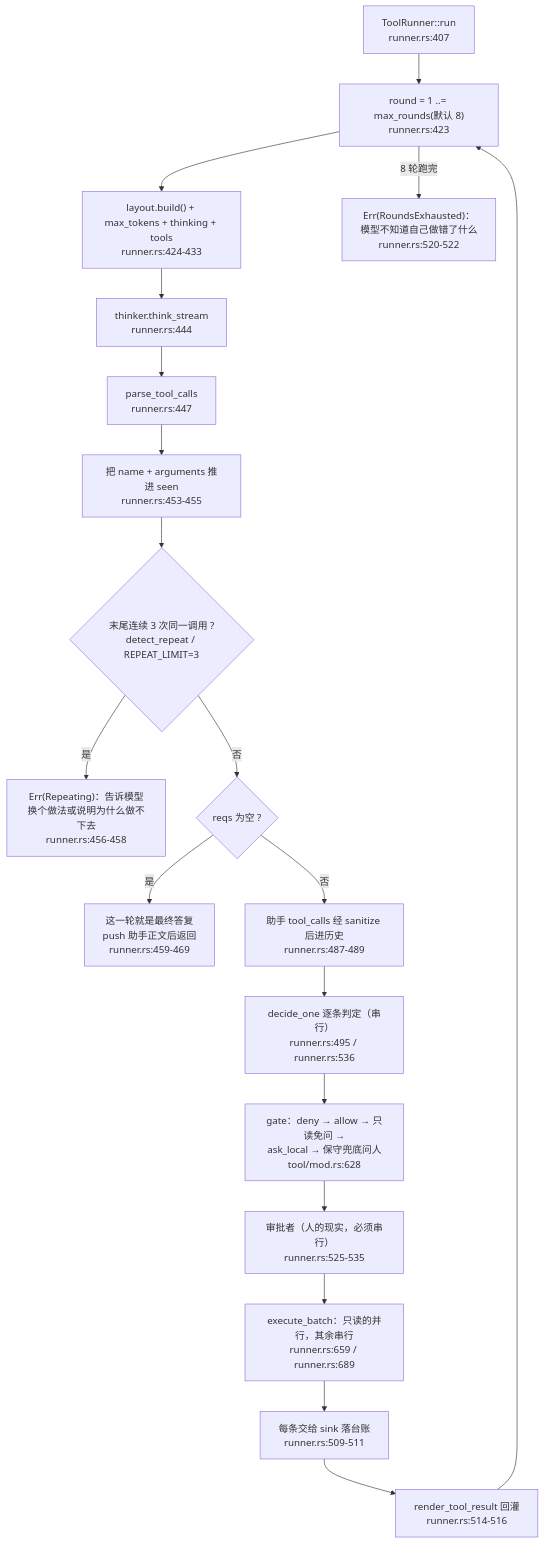
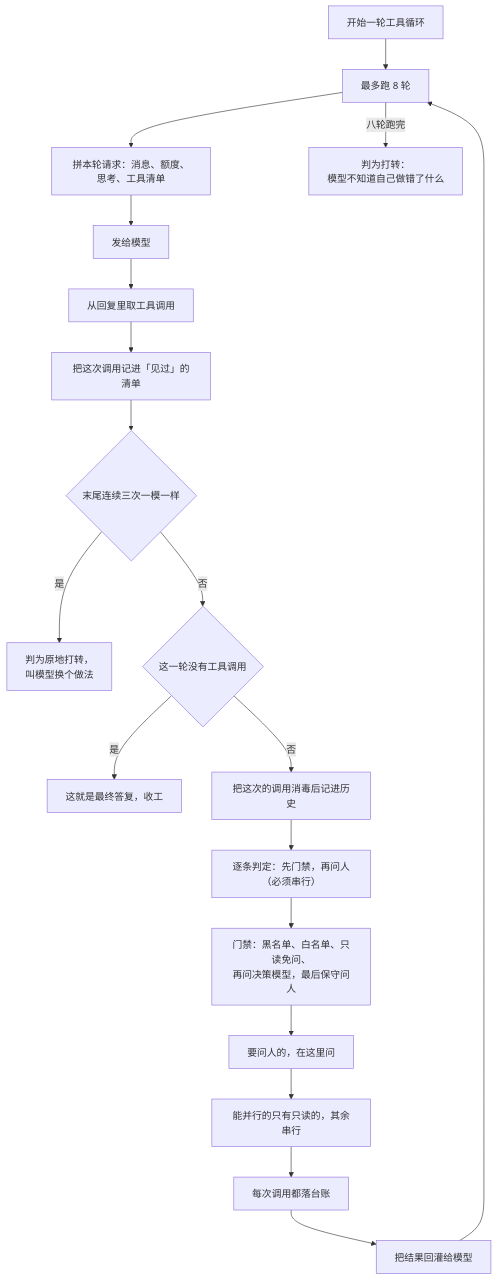
One commit to sjxbbdb/YunXi-Bot changed the sixth of 6 diagrams in docs/readme/02-任务链路与决策模型.md. Above: the diagram before and after it, drawn with Mermaid. The commit also changed other lines of this file and 22 other files, not shown here.

````diff
--- a/docs/readme/02-任务链路与决策模型.md
+++ b/docs/readme/02-任务链路与决策模型.md
@@ -1008,21 +1256,21 @@
 ```mermaid
 flowchart TD
-    S["ToolRunner::run<br/>runner.rs:407"] --> R["round = 1 ..= max_rounds(默认 8)<br/>runner.rs:423"]
-    R --> B["layout.build() + max_tokens + thinking + tools<br/>runner.rs:424-433"]
-    B --> TS["thinker.think_stream<br/>runner.rs:444"]
-    TS --> P["parse_tool_calls<br/>runner.rs:447"]
-    P --> SEEN["把 name + arguments 推进 seen<br/>runner.rs:453-455"]
-    SEEN --> REP{"末尾连续 3 次同一调用 ?<br/>detect_repeat / REPEAT_LIMIT=3"}
-    REP -->|"是"| ERR1["Err(Repeating)：告诉模型<br/>换个做法或说明为什么做不下去<br/>runner.rs:456-458"]
-    REP -->|"否"| EMPTY{"reqs 为空 ?"}
-    EMPTY -->|"是"| FIN["这一轮就是最终答复<br/>push 助手正文后返回<br/>runner.rs:459-469"]
-    EMPTY -->|"否"| H1["助手 tool_calls 经 sanitize 后进历史<br/>runner.rs:487-489"]
-    H1 --> DEC["decide_one 逐条判定（串行）<br/>runner.rs:495 / runner.rs:536"]
-    DEC --> GATE["gate：deny → allow → 只读免问 →<br/>ask_local → 保守兜底问人<br/>tool/mod.rs:628"]
-    GATE --> APP["审批者（人的现实，必须串行）<br/>runner.rs:525-535"]
-    APP --> EXE["execute_batch：只读的并行，其余串行<br/>runner.rs:659 / runner.rs:689"]
-    EXE --> SINK["每条交给 sink 落台账<br/>runner.rs:509-511"]
-    SINK --> FEED["render_tool_result 回灌<br/>runner.rs:514-516"]
+    S["开始一轮工具循环"] --> R["最多跑 8 轮"]
+    R --> B["拼本轮请求：消息、额度、思考、工具清单"]
+    B --> TS["发给模型"]
+    TS --> P["从回复里取工具调用"]
+    P --> SEEN["把这次调用记进「见过」的清单"]
+    SEEN --> REP{"末尾连续三次一模一样"}
+    REP -- "是" --> ERR1["判为原地打转，<br/>叫模型换个做法"]
+    REP -- "否" --> EMPTY{"这一轮没有工具调用"}
+    EMPTY -- "是" --> FIN["这就是最终答复，收工"]
+    EMPTY -- "否" --> H1["把这次的调用消毒后记进历史"]
+    H1 --> DEC["逐条判定：先门禁，再问人（必须串行）"]
+    DEC --> GATE["门禁：黑名单、白名单、只读免问、<br/>再问决策模型，最后保守问人"]
+    GATE --> APP["要问人的，在这里问"]
+    APP --> EXE["能并行的只有只读的，其余串行"]
+    EXE --> SINK["每次调用都落台账"]
+    SINK --> FEED["把结果回灌给模型"]
     FEED --> R
-    R -->|"8 轮跑完"| ERR2["Err(RoundsExhausted)：<br/>模型不知道自己做错了什么<br/>runner.rs:520-522"]
+    R -->|"八轮跑完"| ERR2["判为打转：<br/>模型不知道自己做错了什么"]
 ```
````
